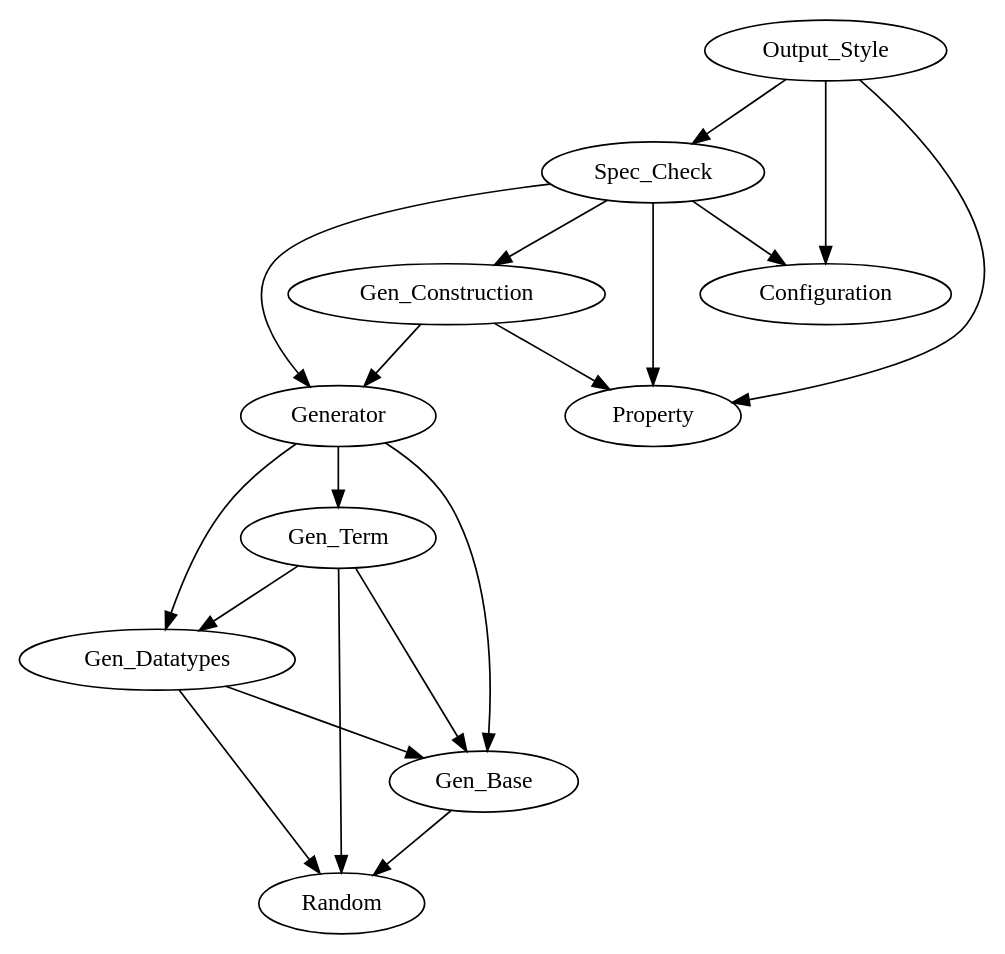
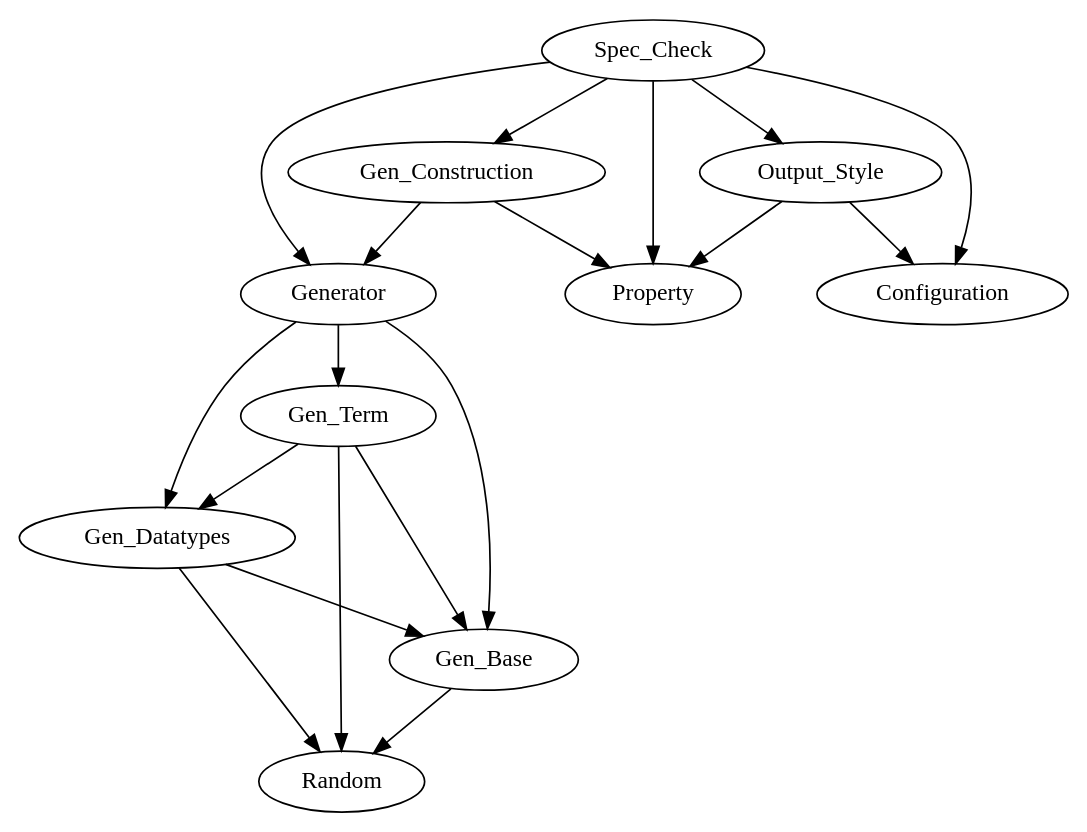
One commit to kappelmann/SpecCheck changed the diagram in dependencies.dot. Above: the diagram before and after it, drawn with Graphviz. The commit also changed 4 other files, not shown here.

First line of the commit message:
[BREAKING] Refactor Spec_Check extensively

```diff
--- a/dependencies.dot
+++ b/dependencies.dot
@@ -1,20 +1,20 @@
 digraph G {
         Gen_Base -> Random
         Gen_Datatypes -> Random
         Gen_Datatypes -> Gen_Base
         Gen_Term -> Random
         Gen_Term -> Gen_Base
         Gen_Term -> Gen_Datatypes
         Generator -> Gen_Base
         Generator -> Gen_Datatypes
         Generator -> Gen_Term
         Spec_Check -> Property
         Spec_Check -> Configuration
         Spec_Check -> Generator
         Spec_Check -> Gen_Construction
+        Spec_Check -> Output_Style
         Gen_Construction -> Generator
         Gen_Construction -> Property
         Output_Style -> Property
-        Output_Style -> Spec_Check
         Output_Style -> Configuration
 }
```
